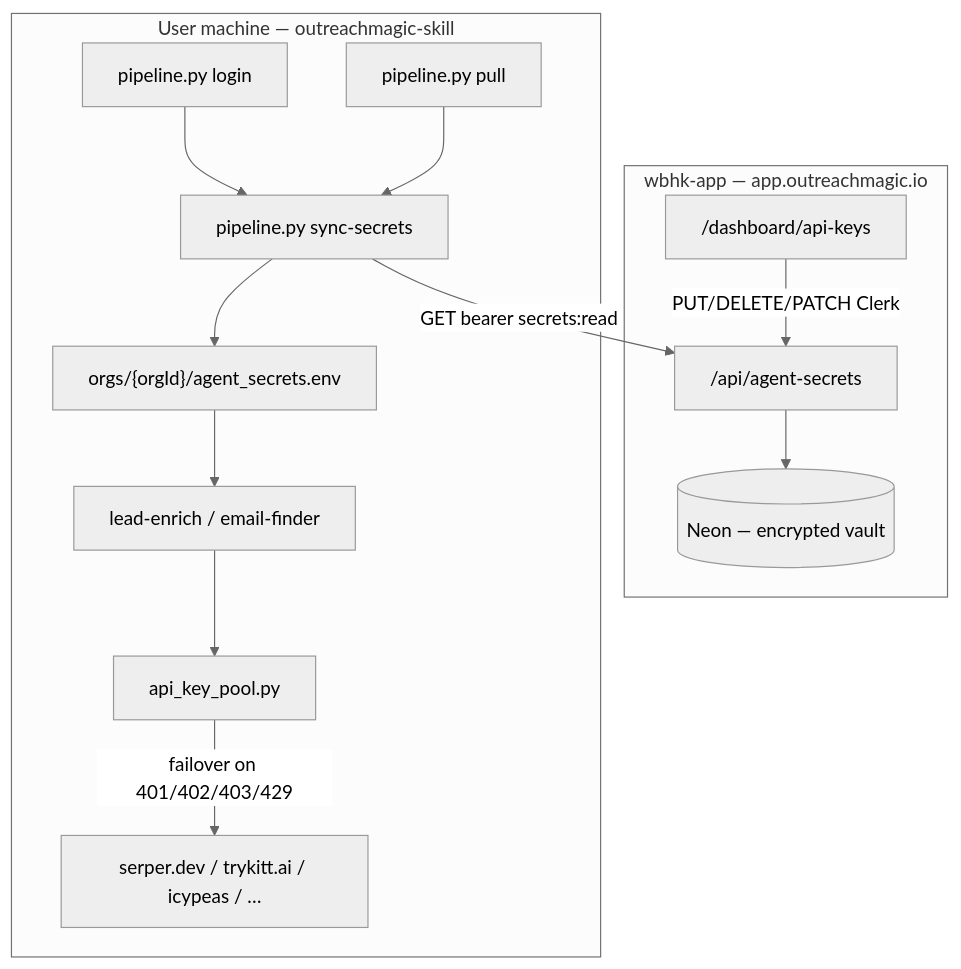
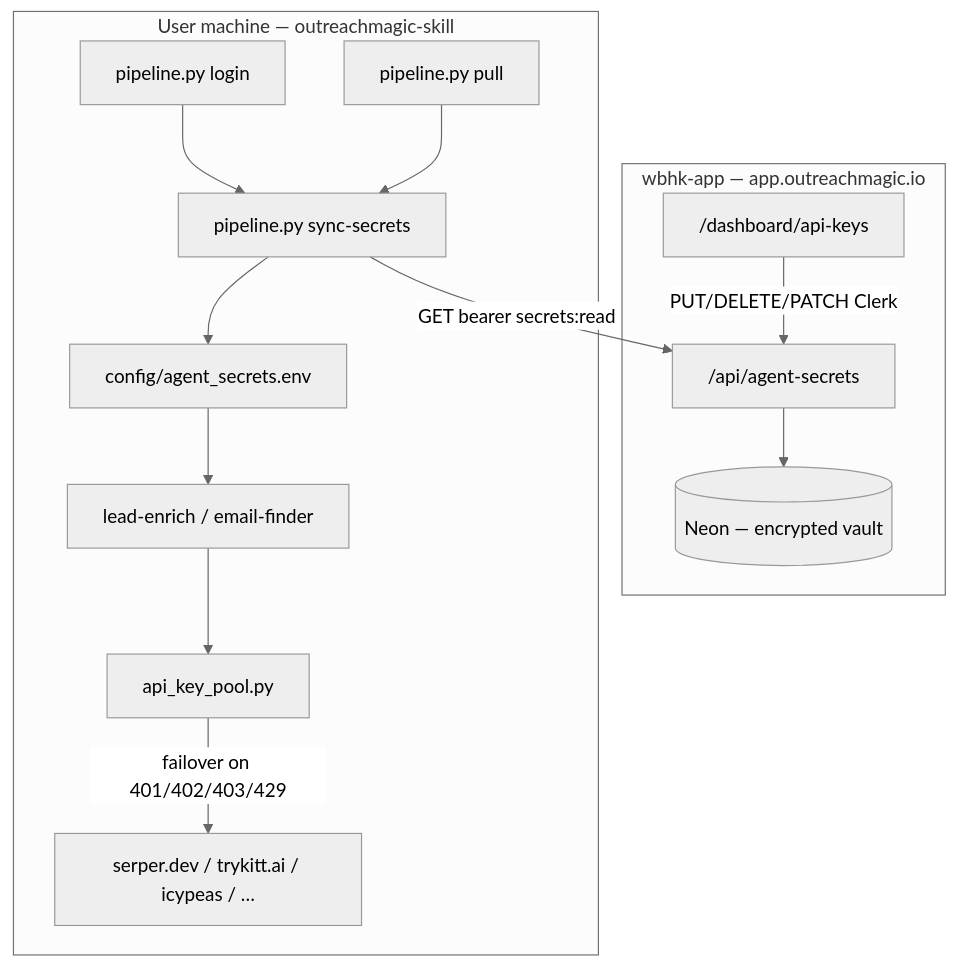
The second of 4 diagrams in docs/feature-requests/dashboard-agent-api-keys.md (outreachmagic/outreachmagic), drawn with Mermaid (neutral theme) before and after one commit. The commit also changed other lines of this file and 16 other files, not shown here.

````diff
--- a/docs/feature-requests/dashboard-agent-api-keys.md
+++ b/docs/feature-requests/dashboard-agent-api-keys.md
@@ -142,27 +142,27 @@
 ```mermaid
 flowchart TB
   subgraph portal [wbhk-app — app.outreachmagic.io]
     UI["/dashboard/api-keys"]
     API["/api/agent-secrets"]
     Neon[(Neon — encrypted vault)]
     UI -->|PUT/DELETE/PATCH Clerk| API
     API --> Neon
   end
 
   subgraph agent [User machine — outreachmagic-skill]
     Login["pipeline.py login"]
     Pull["pipeline.py pull"]
     Sync["pipeline.py sync-secrets"]
-    EnvFile["orgs/{orgId}/agent_secrets.env"]
+    EnvFile["config/agent_secrets.env"]
     Pool["api_key_pool.py"]
     Companions["lead-enrich / email-finder"]
     Vendors["serper.dev / trykitt.ai / icypeas / …"]
     Login --> Sync
     Pull --> Sync
     Sync -->|GET bearer secrets:read| API
     Sync --> EnvFile
     EnvFile --> Companions
     Companions --> Pool
     Pool -->|failover on 401/402/403/429| Vendors
   end
 ```
````
